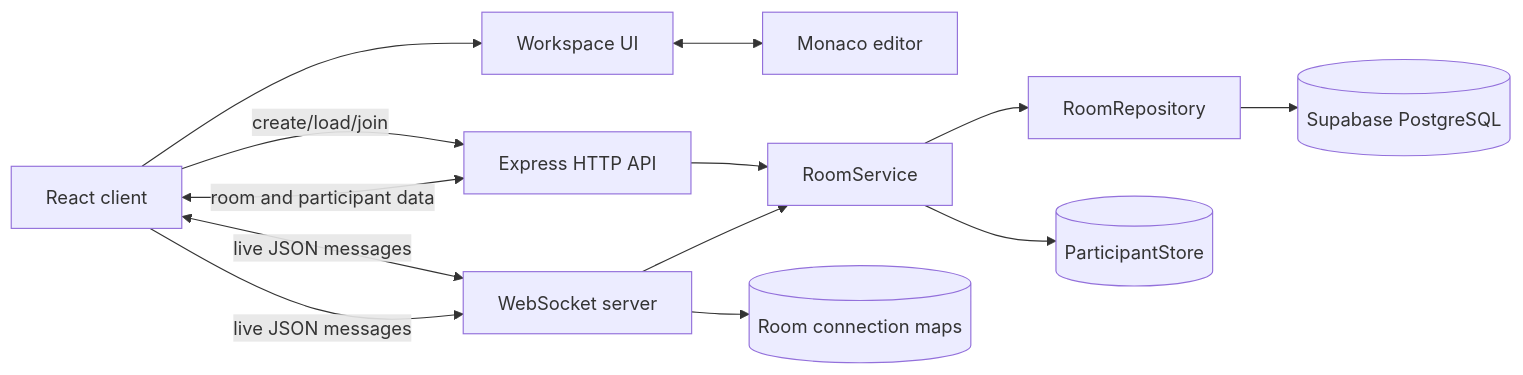
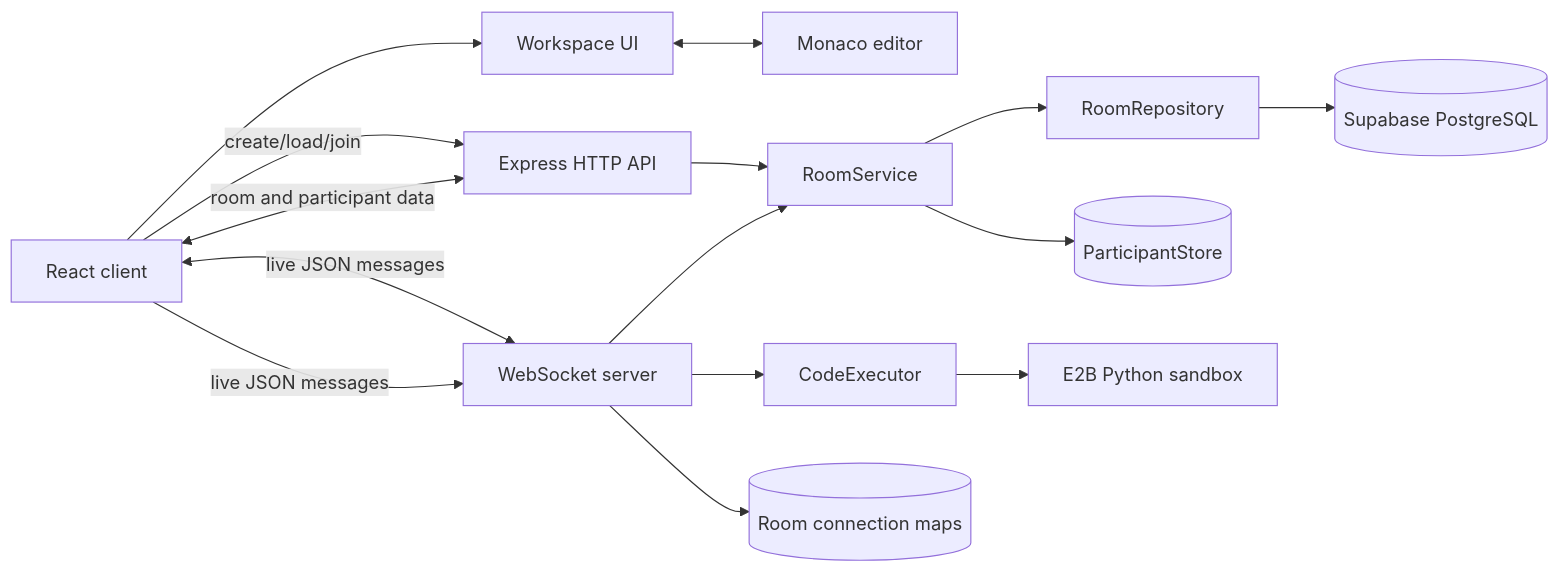
The first of 5 diagrams in README.md (Amit-Mahato54322/code-together), drawn with Mermaid before and after one commit. The commit also changed other lines of this file and 13 other files, not shown here.

````diff
--- a/README.md
+++ b/README.md
@@ -74,26 +80,30 @@
 ```mermaid
 flowchart LR
     Browser[React client]
     UI[Workspace UI]
     Monaco[Monaco editor]
     HTTP[Express HTTP API]
     WS[WebSocket server]
     Service[RoomService]
     Repository[RoomRepository]
     Rooms[(Supabase PostgreSQL)]
+    Executor[CodeExecutor]
+    E2B[E2B Python sandbox]
     Participants[(ParticipantStore)]
     Connections[(Room connection maps)]
 
     Browser --> UI
     UI <--> Monaco
     Browser -- create/load/join --> HTTP
     Browser <-- room and participant data --> HTTP
     Browser <-- live JSON messages --> WS
     Browser -- live JSON messages --> WS
     HTTP --> Service
     WS --> Service
     Service --> Repository
     Repository --> Rooms
+    WS --> Executor
+    Executor --> E2B
     Service --> Participants
     WS --> Connections
 ```
````
